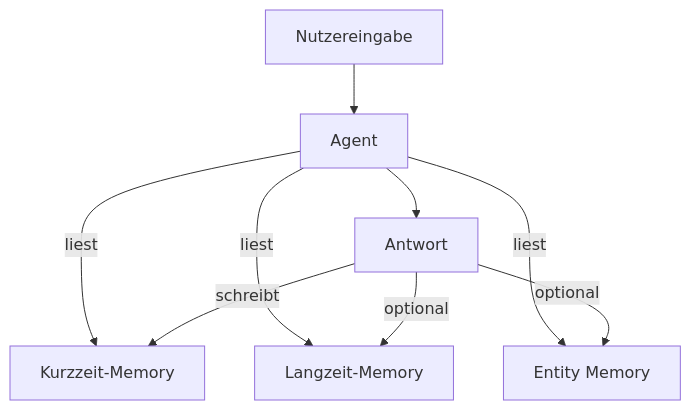
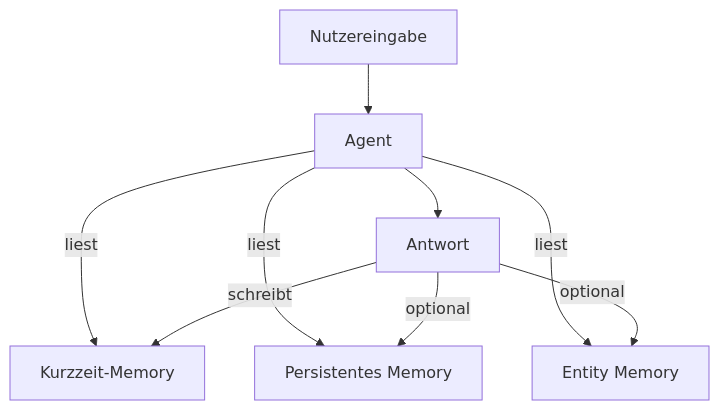
The fourth of 6 diagrams in docs/04-agenten-implementierung/memory-systeme.md (ralf-42/Agenten), drawn with Mermaid before and after one commit. The commit also changed other lines of this file and 47 other files, not shown here.

````diff
--- a/docs/04-agenten-implementierung/memory-systeme.md
+++ b/docs/04-agenten-implementierung/memory-systeme.md
@@ -343,13 +343,13 @@
 ```mermaid
 flowchart TD
     INPUT[Nutzereingabe] --> AGENT[Agent]
 
     AGENT -->|liest| ST[Kurzzeit-Memory]
-    AGENT -->|liest| LT[Langzeit-Memory]
+    AGENT -->|liest| LT[Persistentes Memory]
     AGENT -->|liest| EM[Entity Memory]
 
     AGENT --> RESPONSE[Antwort]
     RESPONSE -->|schreibt| ST
     RESPONSE -->|optional| LT
     RESPONSE -->|optional| EM
 ```
````
